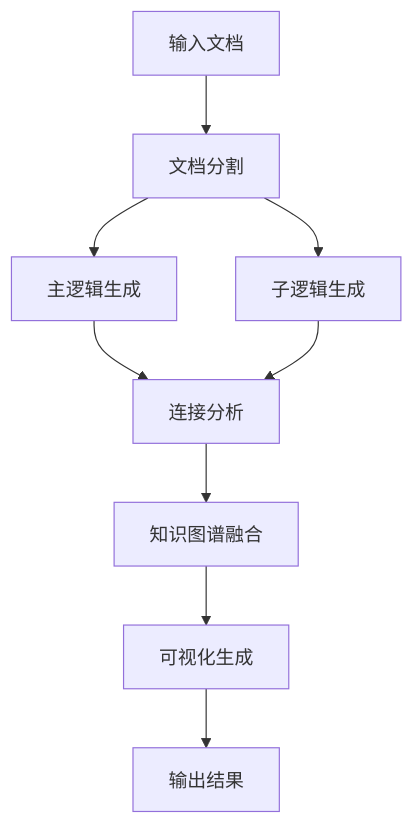
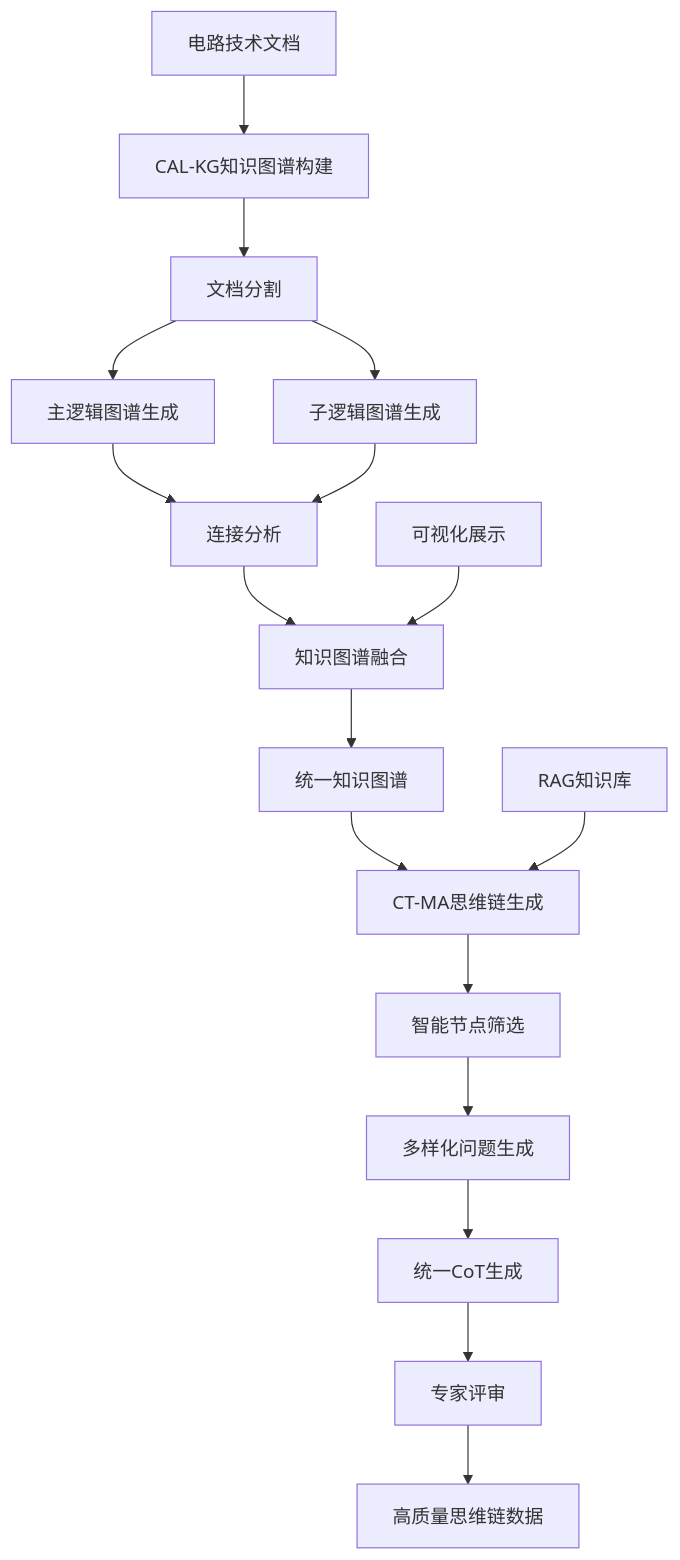
The diagram in README.md (THU-YiZhang/CAL_KG_System), drawn with Mermaid before and after one commit. The commit also changed other lines of this file and 1 other file, not shown here.

````diff
--- a/README.md
+++ b/README.md
@@ -126,11 +107,20 @@
 ```mermaid
 graph TD
-    A[输入文档] --> B[文档分割]
-    B --> C[主逻辑生成]
-    B --> D[子逻辑生成]
-    C --> E[连接分析]
-    D --> E
-    E --> F[知识图谱融合]
-    F --> G[可视化生成]
-    G --> H[输出结果]
+    A[电路技术文档] --> B[CAL-KG知识图谱构建]
+    B --> C[文档分割]
+    C --> D[主逻辑图谱生成]
+    C --> E[子逻辑图谱生成]
+    D --> F[连接分析]
+    E --> F
+    F --> G[知识图谱融合]
+    G --> H[统一知识图谱]
+    H --> I[CT-MA思维链生成]
+    I --> J[智能节点筛选]
+    J --> K[多样化问题生成]
+    K --> L[统一CoT生成]
+    L --> M[专家评审]
+    M --> N[高质量思维链数据]
+
+    O[可视化展示] --> G
+    P[RAG知识库] --> I
 ```
````
